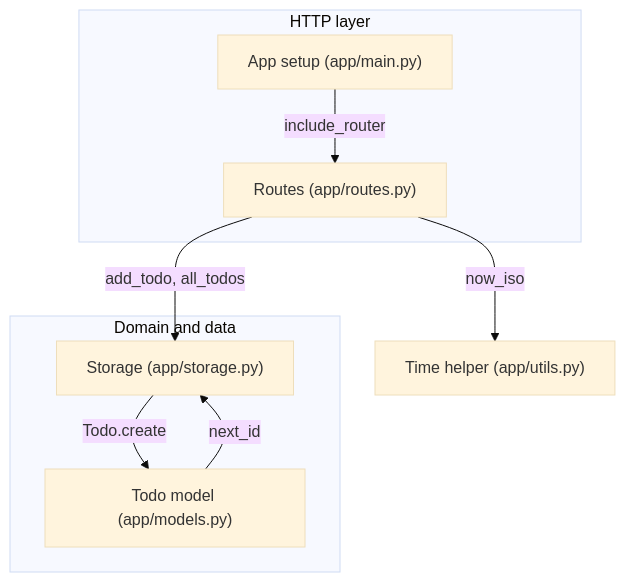
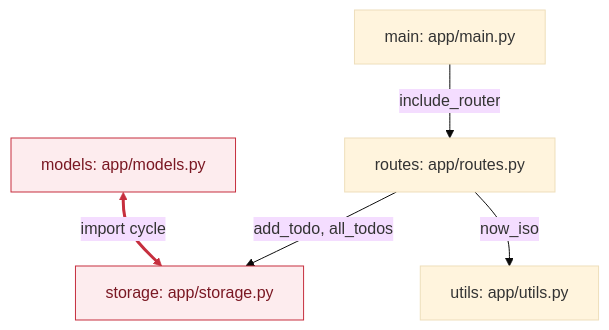
One commit to hxxnn/codemap changed the third of 3 diagrams in examples/python-todo-api/docs/codemap/architecture.md. Above: the diagram before and after it, drawn with Mermaid (base theme). The commit also changed other lines of this file and 35 other files, not shown here.

First line of the commit message:
test: regenerate examples with the final diagram rules

````diff
--- a/examples/python-todo-api/docs/codemap/architecture.md
+++ b/examples/python-todo-api/docs/codemap/architecture.md
@@ -44,17 +44,15 @@
 ```mermaid
 flowchart TD
-    subgraph web["HTTP layer"]
-        main["App setup (app/main.py)"]
-        routes["Routes (app/routes.py)"]
-    end
-    subgraph domain["Domain and data"]
-        models["Todo model (app/models.py)"]
-        storage["Storage (app/storage.py)"]
-    end
-    utils["Time helper (app/utils.py)"]
+    main["main: app/main.py"]
+    routes["routes: app/routes.py"]
+    models["models: app/models.py"]
+    storage["storage: app/storage.py"]
+    utils["utils: app/utils.py"]
+    models <-->|"import cycle"| storage
     main -->|"include_router"| routes
     routes -->|"add_todo, all_todos"| storage
     routes -->|"now_iso"| utils
-    storage -->|"Todo.create"| models
-    models -->|"next_id"| storage
+    linkStyle 0 stroke:#C62F3E,stroke-width:3px
+    classDef cycle fill:#FDECEE,stroke:#C62F3E,color:#7A1823
+    class models,storage cycle
 ```
````
